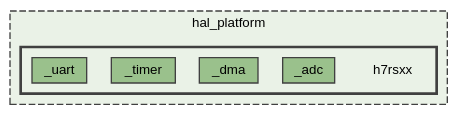
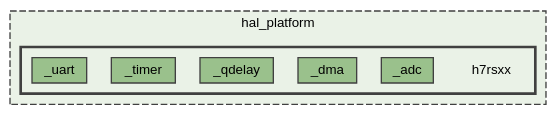
One commit to ebs-universe/piolib-hal-uc-stm32 changed the diagram in dir_ecba37078b2646ad8615f0f92eab48bb_dep.dot. Above: the diagram before and after it, drawn with Graphviz. The commit also changed 468 other files, not shown here.

```diff
--- a/dir_ecba37078b2646ad8615f0f92eab48bb_dep.dot
+++ b/dir_ecba37078b2646ad8615f0f92eab48bb_dep.dot
@@ -1,20 +1,21 @@
 digraph "hal_platform/h7rsxx"
 {
  // INTERACTIVE_SVG=YES
  // LATEX_PDF_SIZE
   bgcolor="transparent";
   edge [fontname=Helvetica,fontsize=10,labelfontname=Helvetica,labelfontsize=10];
   node [fontname=Helvetica,fontsize=10,shape=box,height=0.2,width=0.4];
   compound=true
   subgraph clusterdir_7da9fa3e46f3496e22e0d53e72e5a458 {
     graph [ bgcolor="#eaf2e7", pencolor="grey25", label="hal_platform", fontname=Helvetica,fontsize=10 style="filled,dashed", URL="dir_7da9fa3e46f3496e22e0d53e72e5a458.html",tooltip=""]
   subgraph clusterdir_ecba37078b2646ad8615f0f92eab48bb {
     graph [ bgcolor="#eaf2e7", pencolor="grey25", label="", fontname=Helvetica,fontsize=10 style="filled,bold", URL="dir_ecba37078b2646ad8615f0f92eab48bb.html",tooltip=""]
     dir_ecba37078b2646ad8615f0f92eab48bb [shape=plaintext, label="h7rsxx"];
   dir_c86749a12d0b5f37729118ac0376c51e [label="_adc", fillcolor="#9ac18c", color="grey25", style="filled", URL="dir_c86749a12d0b5f37729118ac0376c51e.html",tooltip=""];
   dir_d15f750d2e50aa73cfdc2e6249ca3932 [label="_dma", fillcolor="#9ac18c", color="grey25", style="filled", URL="dir_d15f750d2e50aa73cfdc2e6249ca3932.html",tooltip=""];
+  dir_2141dbf5a847c4fa8c1adf66339706fd [label="_qdelay", fillcolor="#9ac18c", color="grey25", style="filled", URL="dir_2141dbf5a847c4fa8c1adf66339706fd.html",tooltip=""];
   dir_132285723b339faa95cf45e494bfa166 [label="_timer", fillcolor="#9ac18c", color="grey25", style="filled", URL="dir_132285723b339faa95cf45e494bfa166.html",tooltip=""];
   dir_b778205a90b9dd96ba067acdbbc1e43b [label="_uart", fillcolor="#9ac18c", color="grey25", style="filled", URL="dir_b778205a90b9dd96ba067acdbbc1e43b.html",tooltip=""];
   }
   }
 }
```
